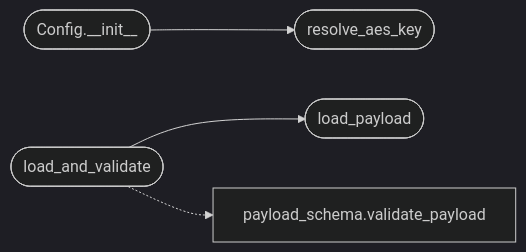
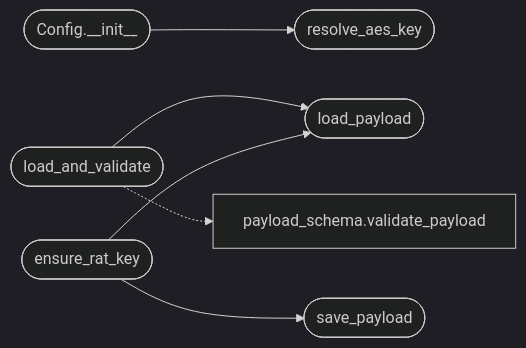
Before and after one commit to grisuno/LazyOwn: the diagram in readmenator-apidocs/modules/core.config.py.md, drawn with Mermaid (dark theme). The commit also changed other lines of this file and 203 other files, not shown here.

````diff
--- a/readmenator-apidocs/modules/core.config.py.md
+++ b/readmenator-apidocs/modules/core.config.py.md
@@ -31,11 +31,15 @@
 ```mermaid
 flowchart LR
     n_core_config_py__Config___init__(["Config.__init__"])
     n_core_config_py__resolve_aes_key(["resolve_aes_key"])
     n_core_config_py__load_and_validate(["load_and_validate"])
     n_core_config_py__load_payload(["load_payload"])
+    n_core_config_py__ensure_rat_key(["ensure_rat_key"])
+    n_core_config_py__save_payload(["save_payload"])
     n_core_payload_schema_py__validate_payload["payload_schema.validate_payload"]
     n_core_config_py__Config___init__ --> n_core_config_py__resolve_aes_key
     n_core_config_py__load_and_validate --> n_core_config_py__load_payload
+    n_core_config_py__ensure_rat_key --> n_core_config_py__load_payload
+    n_core_config_py__ensure_rat_key --> n_core_config_py__save_payload
     n_core_config_py__load_and_validate -.-> n_core_payload_schema_py__validate_payload
 ```
````
